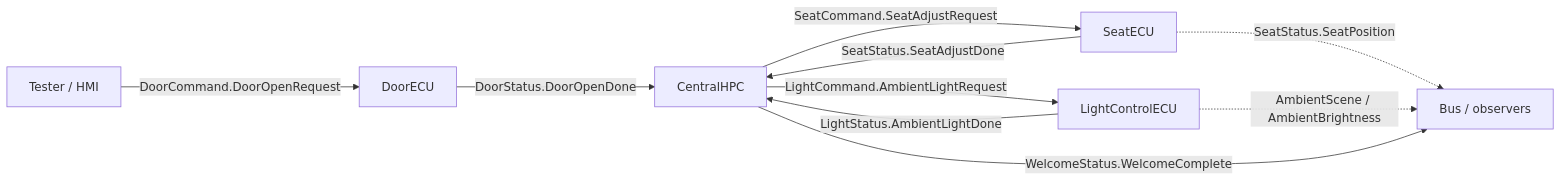
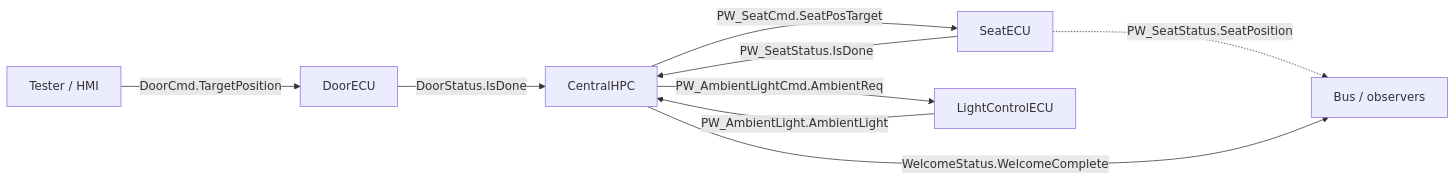
The diagram in workspace/passenger_welcome_eca/README.md (MinhTuan76800310/remotive_code_generation), drawn with Mermaid before and after one commit. The commit also changed other lines of this file, not shown here.

First line of the commit message:
docs(pw): align README signal map with live schema_v2 frames

````diff
--- a/workspace/passenger_welcome_eca/README.md
+++ b/workspace/passenger_welcome_eca/README.md
@@ -13,19 +13,18 @@
 ```mermaid
 flowchart LR
   Tester["Tester / HMI"]
   Door["DoorECU"]
   HPC["CentralHPC"]
   Seat["SeatECU"]
   Light["LightControlECU"]
   Bus["Bus / observers"]
 
-  Tester -->|"DoorCommand.DoorOpenRequest"| Door
-  Door -->|"DoorStatus.DoorOpenDone"| HPC
-  HPC -->|"SeatCommand.SeatAdjustRequest"| Seat
-  Seat -->|"SeatStatus.SeatAdjustDone"| HPC
-  Seat -.->|"SeatStatus.SeatPosition"| Bus
-  HPC -->|"LightCommand.AmbientLightRequest"| Light
-  Light -->|"LightStatus.AmbientLightDone"| HPC
-  Light -.->|"AmbientScene / AmbientBrightness"| Bus
+  Tester -->|"DoorCmd.TargetPosition"| Door
+  Door -->|"DoorStatus.IsDone"| HPC
+  HPC -->|"PW_SeatCmd.SeatPosTarget"| Seat
+  Seat -->|"PW_SeatStatus.IsDone"| HPC
+  Seat -.->|"PW_SeatStatus.SeatPosition"| Bus
+  HPC -->|"PW_AmbientLightCmd.AmbientReq"| Light
+  Light -->|"PW_AmbientLight.AmbientLight"| HPC
   HPC -->|"WelcomeStatus.WelcomeComplete"| Bus
 ```
````
